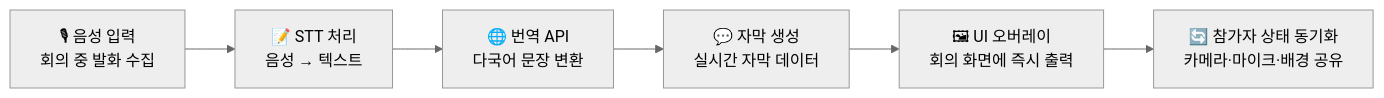
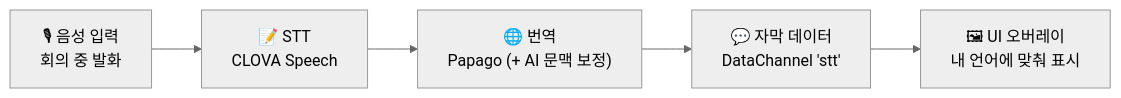
One commit to jingeunlee4559/talaria-frontend changed the second of 5 diagrams in README.md. Above: the diagram before and after it, drawn with Mermaid (neutral theme). The commit also changed other lines of this file, not shown here.

````diff
--- a/README.md
+++ b/README.md
@@ -233,8 +250,7 @@
 ```mermaid
 flowchart LR
-    A["🎙 음성 입력<br/>회의 중 발화 수집"] --> B["📝 STT 처리<br/>음성 → 텍스트"]
-    B --> C["🌐 번역 API<br/>다국어 문장 변환"]
-    C --> D["💬 자막 생성<br/>실시간 자막 데이터"]
-    D --> E["🖼 UI 오버레이<br/>회의 화면에 즉시 출력"]
-    E --> F["🔄 참가자 상태 동기화<br/>카메라·마이크·배경 공유"]
+    A["🎙 음성 입력<br/>회의 중 발화"] --> B["📝 STT<br/>CLOVA Speech"]
+    B --> C["🌐 번역<br/>Papago (+ AI 문맥 보정)"]
+    C --> D["💬 자막 데이터<br/>DataChannel 'stt'"]
+    D --> E["🖼 UI 오버레이<br/>내 언어에 맞춰 표시"]
 ```
````
